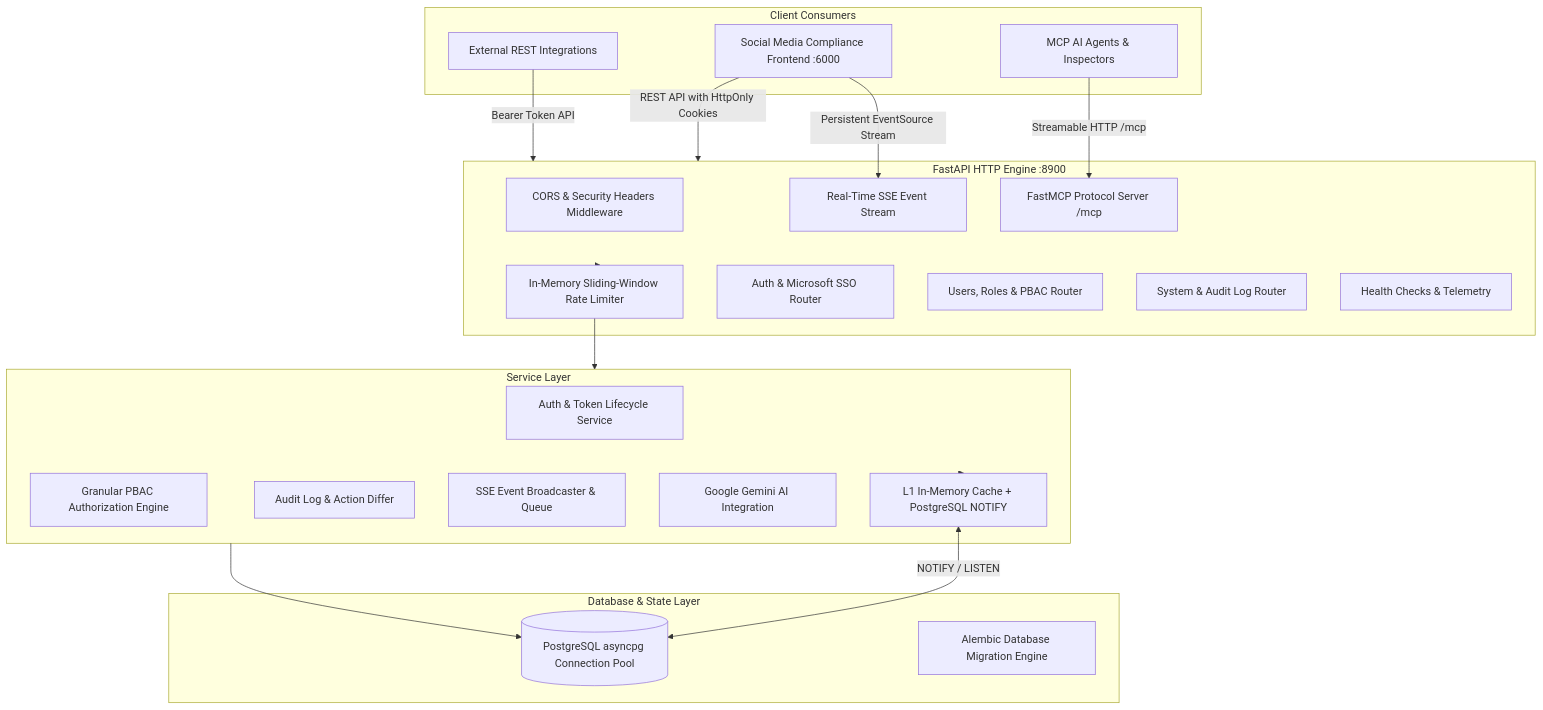
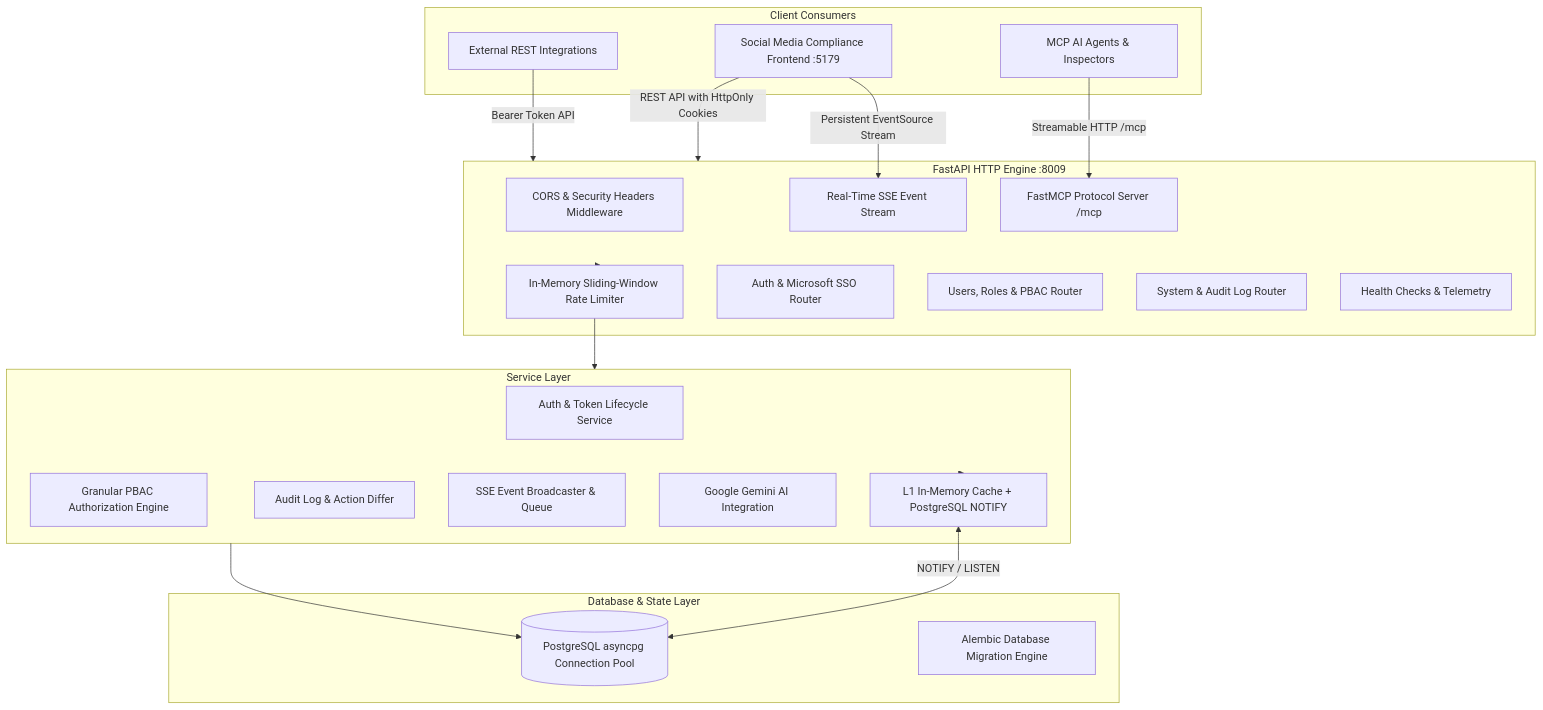
Before and after one commit to Rachad-Zenatech/internal_portal_social_media_compliance_dashboard_back: the diagram in README.md, drawn with Mermaid. The commit also changed other lines of this file and 7 other files, not shown here.

````diff
--- a/README.md
+++ b/README.md
@@ -9,44 +9,44 @@
 ```mermaid
 flowchart TD
     subgraph ClientLayer [Client Consumers]
-        FrontApp[Social Media Compliance Frontend :6000]
+        FrontApp[Social Media Compliance Frontend :5179]
         MCPClient[MCP AI Agents & Inspectors]
         ThirdParty[External REST Integrations]
     end
 
-    subgraph APIGateway [FastAPI HTTP Engine :8900]
+    subgraph APIGateway [FastAPI HTTP Engine :8009]
         CORS[CORS & Security Headers Middleware]
         RateLimit[In-Memory Sliding-Window Rate Limiter]
         AuthRouter[Auth & Microsoft SSO Router]
         RBACRouter[Users, Roles & PBAC Router]
         LogRouter[System & Audit Log Router]
         NotifRouter[Real-Time SSE Event Stream]
         ObsRouter[Health Checks & Telemetry]
         MCPEndpoint[FastMCP Protocol Server /mcp]
     end
 
     subgraph CoreServices [Service Layer]
         AuthService[Auth & Token Lifecycle Service]
         RBACService[Granular PBAC Authorization Engine]
         CacheService[L1 In-Memory Cache + PostgreSQL NOTIFY]
         AuditService[Audit Log & Action Differ]
         NotificationService[SSE Event Broadcaster & Queue]
         GeminiService[Google Gemini AI Integration]
     end
 
     subgraph DataPersistence [Database & State Layer]
         PG[(PostgreSQL asyncpg Connection Pool)]
         Alembic[Alembic Database Migration Engine]
     end
 
     FrontApp -->|REST API with HttpOnly Cookies| APIGateway
     FrontApp -->|Persistent EventSource Stream| NotifRouter
     MCPClient -->|Streamable HTTP /mcp| MCPEndpoint
     ThirdParty -->|Bearer Token API| APIGateway
 
     APIGateway --> RateLimit
     RateLimit --> CoreServices
     CoreServices --> CacheService
     CoreServices --> PG
     CacheService <-->|NOTIFY / LISTEN| PG
 ```
````
